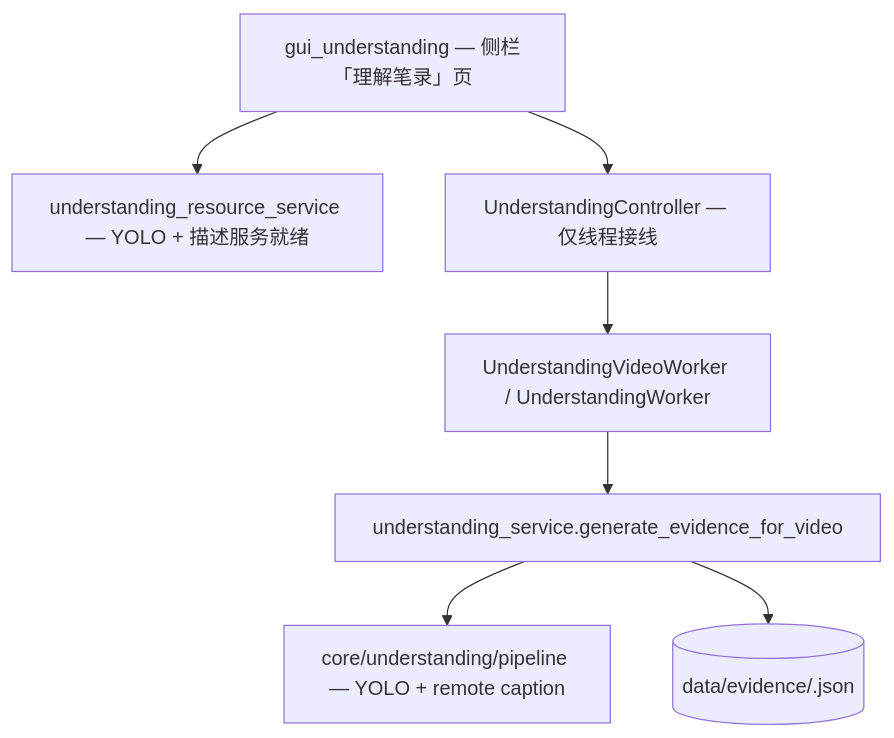
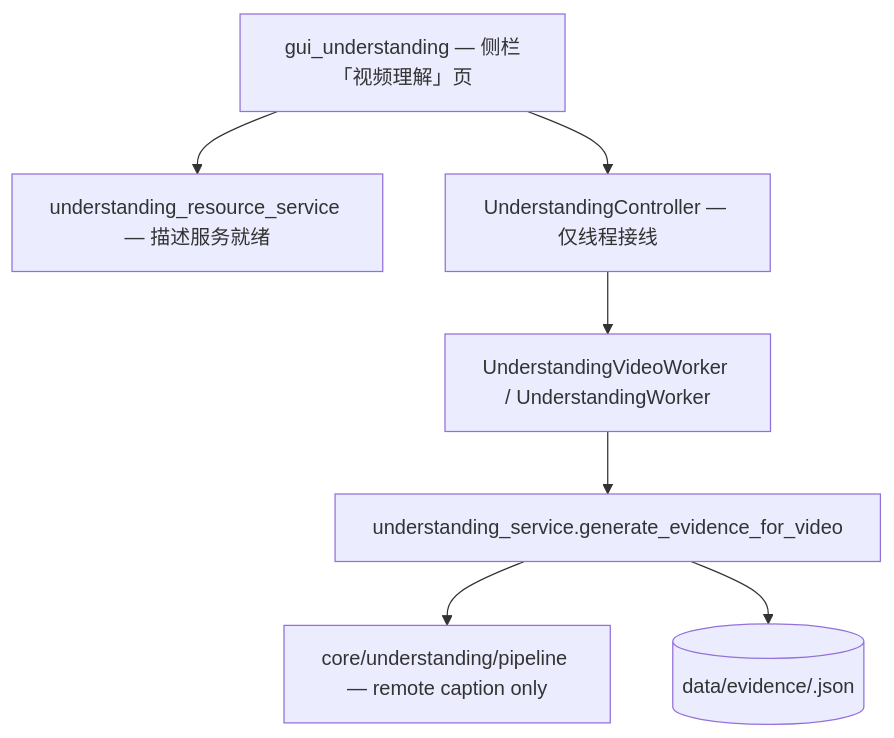
Before and after one commit to 6v17/VideoSeek: the fourth of 6 diagrams in docs/architecture.md, drawn with Mermaid. The commit also changed other lines of this file and 30 other files, not shown here.

````diff
--- a/docs/architecture.md
+++ b/docs/architecture.md
@@ -92,14 +94,14 @@
 ```mermaid
 flowchart TB
-  GU["gui_understanding — 侧栏「理解笔录」页"]
-  URS["understanding_resource_service — YOLO + 描述服务就绪"]
+  GU["gui_understanding — 侧栏「视频理解」页"]
+  URS["understanding_resource_service — 描述服务就绪"]
   UC["UnderstandingController — 仅线程接线"]
   UW["UnderstandingVideoWorker / UnderstandingWorker"]
   US["understanding_service.generate_evidence_for_video"]
-  PIPE["core/understanding/pipeline — YOLO + remote caption"]
+  PIPE["core/understanding/pipeline — remote caption only"]
   DISK[("data/evidence/<video_id>.json")]
 
   GU --> URS
   GU --> UC --> UW --> US --> PIPE
   US --> DISK
 ```
````
